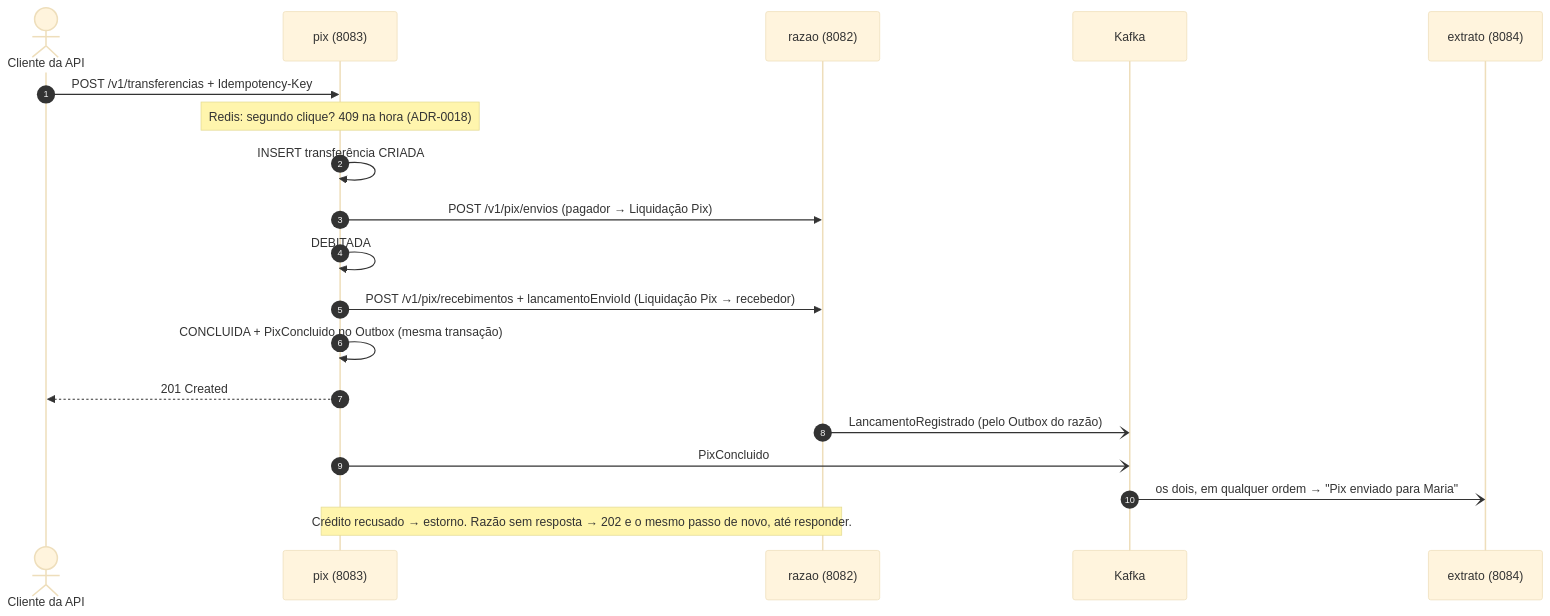
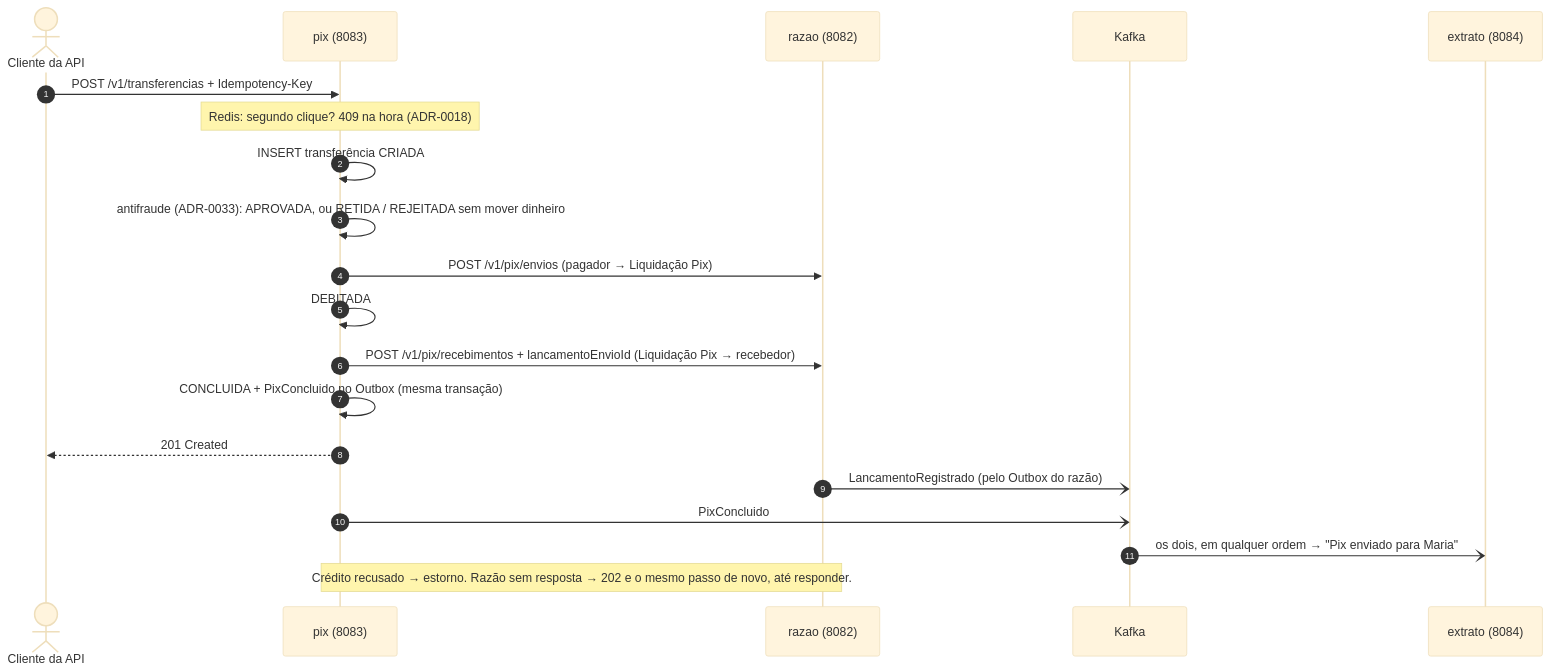
One commit to alanjoffre/ledgerly-bank changed the fourth of 5 diagrams in docs/arquitetura/visao-geral.md. Above: the diagram before and after it, drawn with Mermaid (base theme). The commit also changed other lines of this file and 185 other files, not shown here.

````diff
--- a/docs/arquitetura/visao-geral.md
+++ b/docs/arquitetura/visao-geral.md
@@ -121,22 +134,23 @@
 ```mermaid
 sequenceDiagram
     autonumber
     actor C as Cliente da API
     participant PX as pix (8083)
     participant RZ as razao (8082)
     participant K as Kafka
     participant EX as extrato (8084)
 
     C->>PX: POST /v1/transferencias + Idempotency-Key
     Note over PX: Redis: segundo clique? 409 na hora (ADR-0018)
     PX->>PX: INSERT transferência CRIADA
+    PX->>PX: antifraude (ADR-0033): APROVADA, ou RETIDA / REJEITADA sem mover dinheiro
     PX->>RZ: POST /v1/pix/envios (pagador → Liquidação Pix)
     PX->>PX: DEBITADA
     PX->>RZ: POST /v1/pix/recebimentos + lancamentoEnvioId (Liquidação Pix → recebedor)
     PX->>PX: CONCLUIDA + PixConcluido no Outbox (mesma transação)
     PX-->>C: 201 Created
     RZ-)K: LancamentoRegistrado (pelo Outbox do razão)
     PX-)K: PixConcluido
     K-)EX: os dois, em qualquer ordem → "Pix enviado para Maria"
     Note over PX,RZ: Crédito recusado → estorno. Razão sem resposta → 202 e o mesmo passo de novo, até responder.
 ```
````
